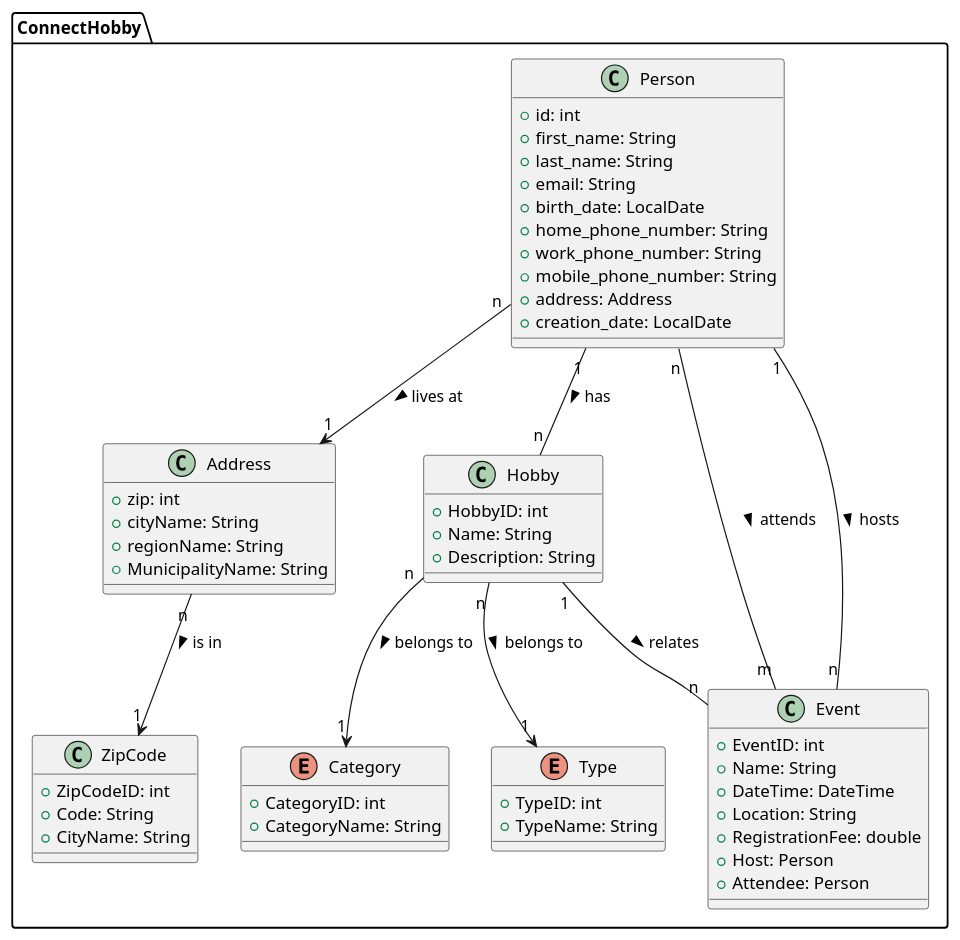
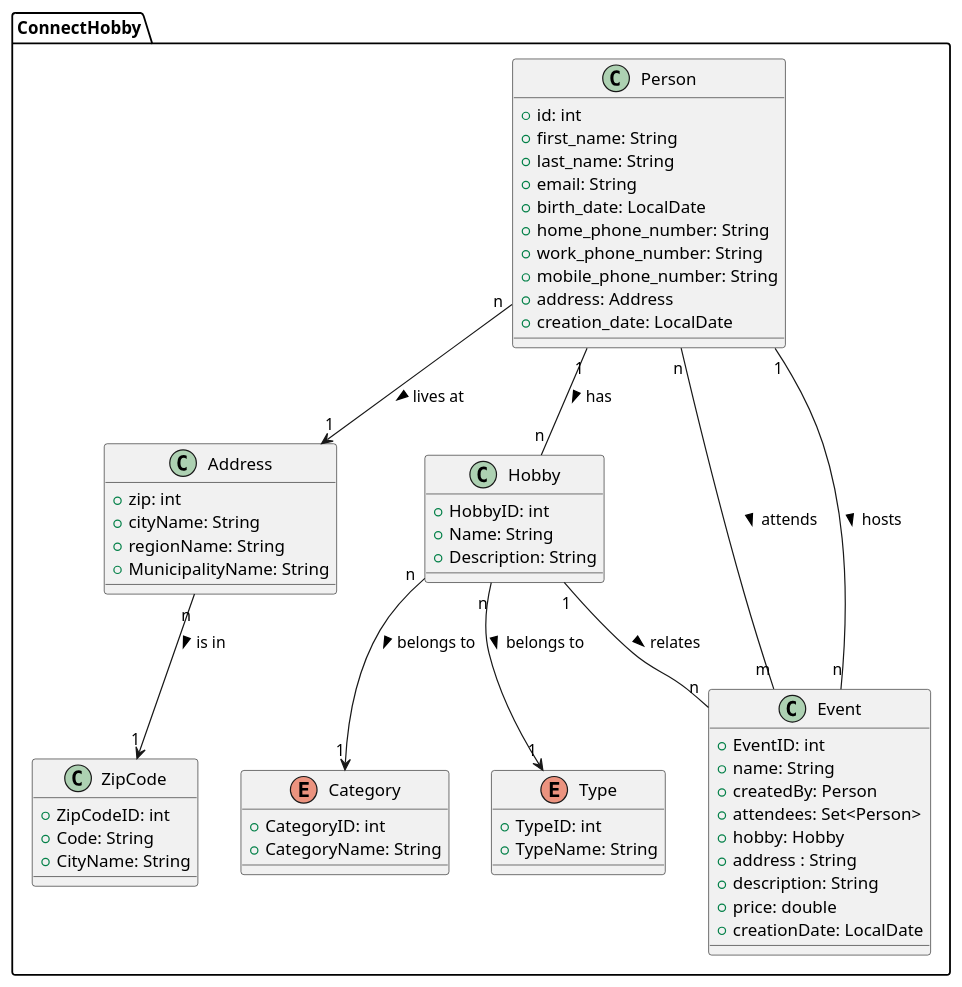
Before and after one commit to Peter537/Dat3-SP1: the diagram in DomainModel.puml, drawn with PlantUML. The commit also changed 1 other file, not shown here.

```diff
--- a/DomainModel.puml
+++ b/DomainModel.puml
@@ -1,67 +1,70 @@
 @startuml
 package ConnectHobby {
   class Person {
      + id: int
      + first_name: String
      + last_name: String
      + email: String
      + birth_date: LocalDate
      + home_phone_number: String
      + work_phone_number: String
      + mobile_phone_number: String
      + address: Address
      + creation_date: LocalDate
 
 
   }
 
   class Address {
      + zip: int
      + cityName: String
      + regionName: String
      + MunicipalityName: String
   }
 
   class ZipCode {
      + ZipCodeID: int
      + Code: String
      + CityName: String
   }
 
   class Hobby {
      + HobbyID: int
      + Name: String
      + Description: String
   }
 
   enum Category {
      + CategoryID: int
      + CategoryName: String
   }
 
   enum Type {
      + TypeID: int
      + TypeName: String
   }
 
   class Event {
      + EventID: int
-     + Name: String
-     + DateTime: DateTime
-     + Location: String
-     + RegistrationFee: double
-     + Host: Person
-     + Attendee: Person
+     + name: String
+     + createdBy: Person
+     + attendees: Set<Person>
+     + hobby: Hobby
+     + address : String
+     + description: String
+     + price: double
+     + creationDate: LocalDate
+
   }
 
 
   Person "n" --> "1" Address : lives at >
   Address "n" --> "1" ZipCode : is in >
   Person "1" -- "n" Hobby : has >
   Hobby "n" --> "1" Category : belongs to >
   Hobby "n" --> "1" Type : belongs to >
   Person "n" -- "m" Event : attends >
   Person "1" -- "n" Event : hosts >
   Hobby "1" -- "n" Event : relates >
 }
 @enduml
```
